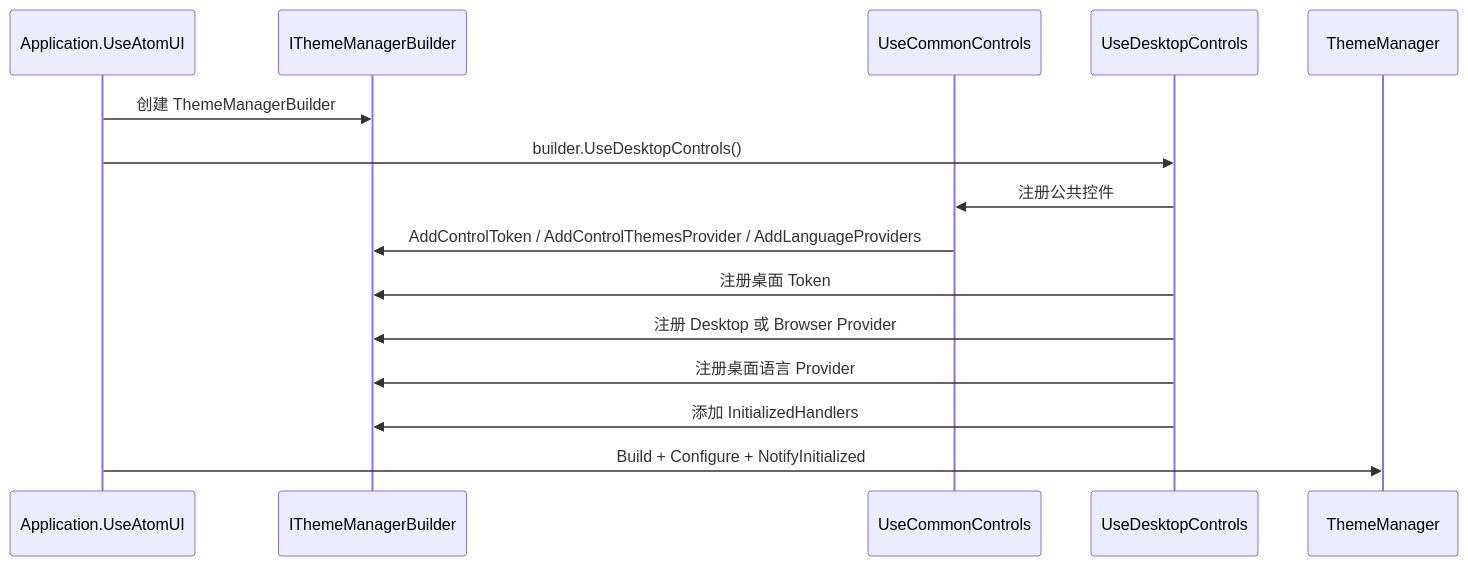
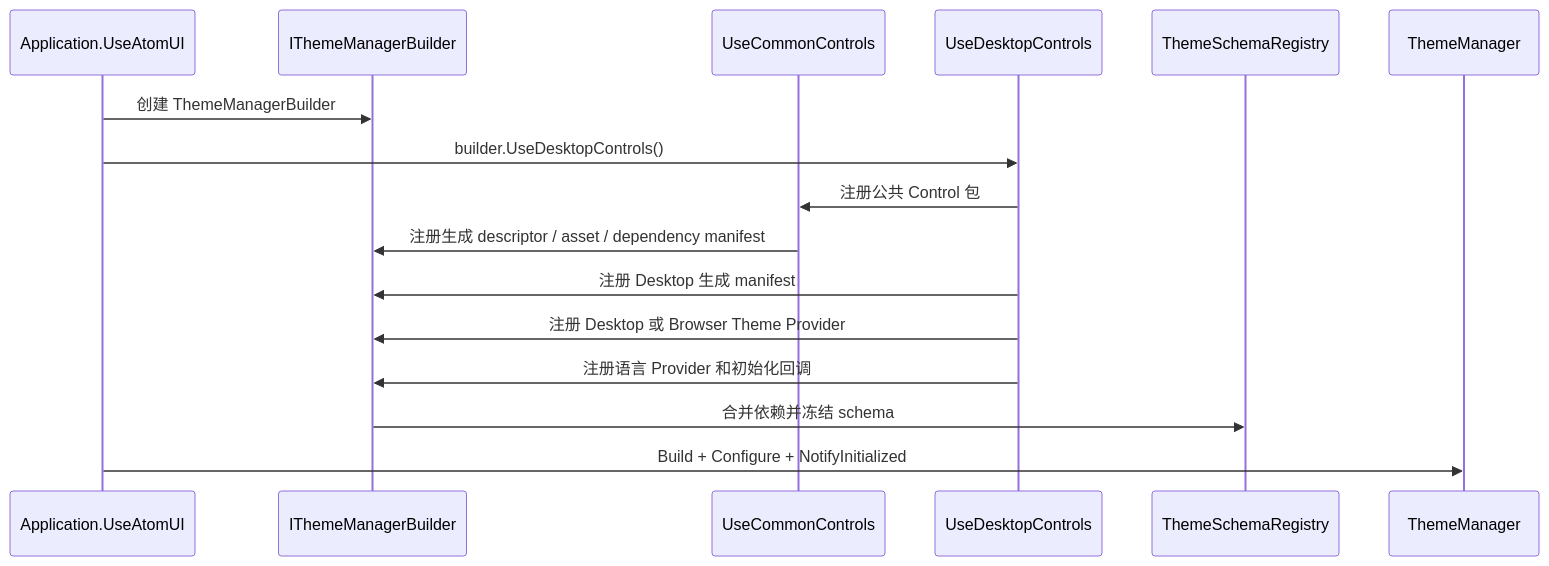
Before and after one commit to chinware/AtomUI: the diagram in docs/modules/desktop-controls/theme-registration.md, drawn with Mermaid. The commit also changed other lines of this file and 36 other files, not shown here.

````diff
--- a/docs/modules/desktop-controls/theme-registration.md
+++ b/docs/modules/desktop-controls/theme-registration.md
@@ -7,18 +9,19 @@
 ```mermaid
 sequenceDiagram
     participant App as Application.UseAtomUI
     participant Builder as IThemeManagerBuilder
     participant Common as UseCommonControls
     participant Desktop as UseDesktopControls
+    participant Registry as ThemeSchemaRegistry
     participant Theme as ThemeManager
 
     App->>Builder: 创建 ThemeManagerBuilder
     App->>Desktop: builder.UseDesktopControls()
-    Desktop->>Common: 注册公共控件
-    Common->>Builder: AddControlToken / AddControlThemesProvider / AddLanguageProviders
-    Desktop->>Builder: 注册桌面 Token
-    Desktop->>Builder: 注册 Desktop 或 Browser Provider
-    Desktop->>Builder: 注册桌面语言 Provider
-    Desktop->>Builder: 添加 InitializedHandlers
+    Desktop->>Common: 注册公共 Control 包
+    Common->>Builder: 注册生成 descriptor / asset / dependency manifest
+    Desktop->>Builder: 注册 Desktop 生成 manifest
+    Desktop->>Builder: 注册 Desktop 或 Browser Theme Provider
+    Desktop->>Builder: 注册语言 Provider 和初始化回调
+    Builder->>Registry: 合并依赖并冻结 schema
     App->>Theme: Build + Configure + NotifyInitialized
 ```
````
